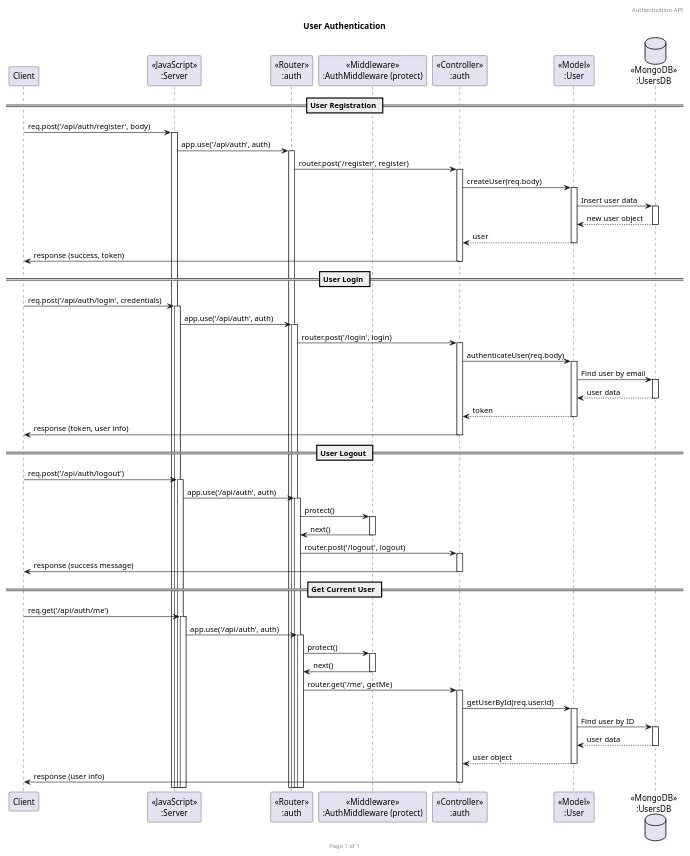
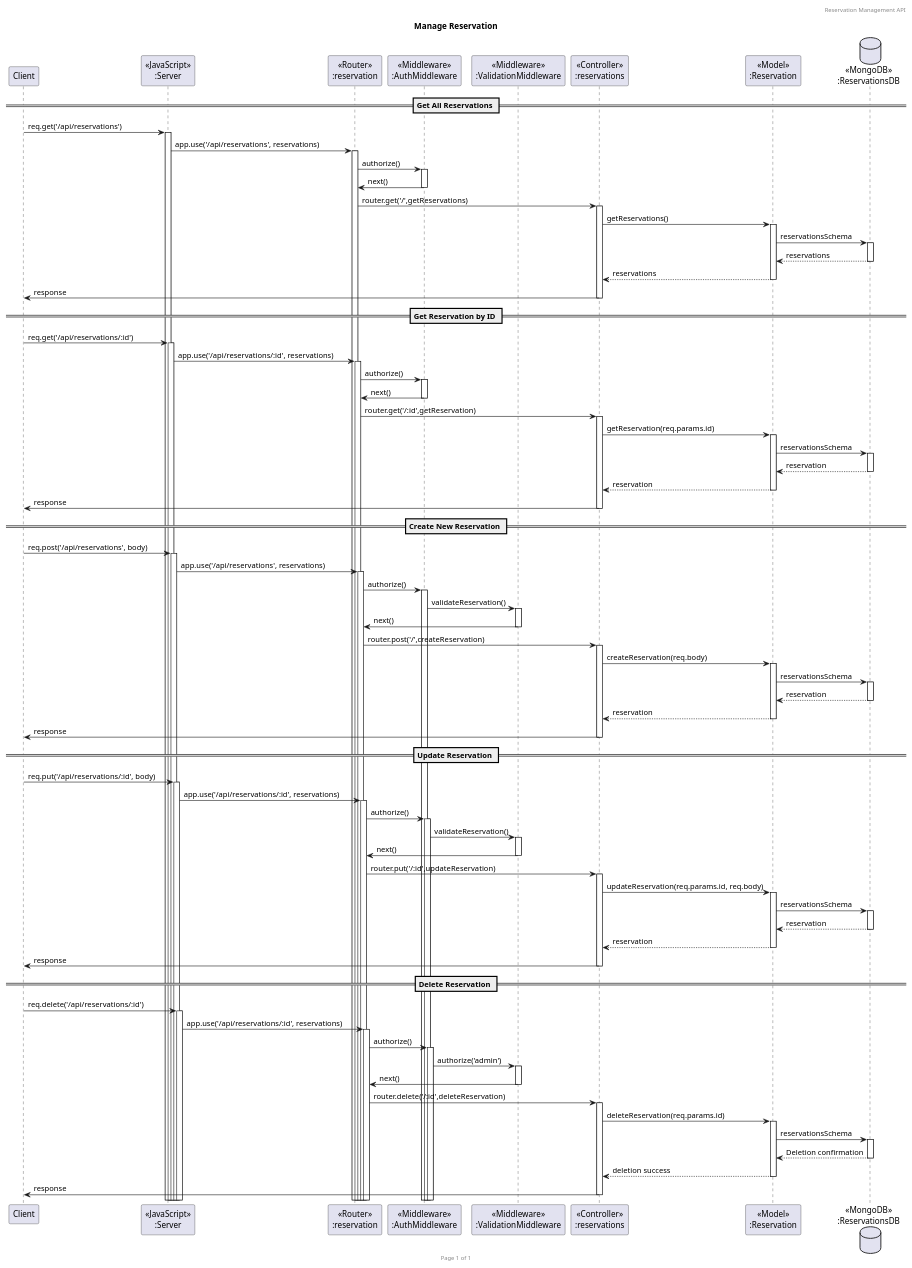
One commit to Sun-sh1nee/Backend-Restaurant changed the diagram in diagram/Sequence_diagram_user.puml. Above: the diagram before and after it, drawn with PlantUML. The commit also changed 1 other file, not shown here.

```diff
--- a/diagram/Sequence_diagram_user.puml
+++ b/diagram/Sequence_diagram_user.puml
@@ -1,55 +1,79 @@
-@startuml Authentication API
+@startuml Manage Reservation
 
-header Authentication API
+header Reservation Management API
 footer Page %page% of %lastpage%
-title "User Authentication"
+title "Manage Reservation"
 
 participant "Client" as client
 participant "<<JavaScript>>\n:Server" as server
-participant "<<Router>>\n:auth" as routerAuth
-participant "<<Middleware>>\n:AuthMiddleware (protect)" as authMiddleware
-participant "<<Controller>>\n:auth" as controllersAuth
-participant "<<Model>>\n:User" as modelUser
-database "<<MongoDB>>\n:UsersDB" as UsersDatabase
+participant "<<Router>>\n:reservation" as routerReservation
+participant "<<Middleware>>\n:AuthMiddleware" as authMiddleware
+participant "<<Middleware>>\n:ValidationMiddleware" as validationMiddleware
+participant "<<Controller>>\n:reservations" as controllersReservation
+participant "<<Model>>\n:Reservation" as modelReservation
+database "<<MongoDB>>\n:ReservationsDB" as ReservationsDatabase
 
-== User Registration ==
-client -> server ++ : req.post('/api/auth/register', body)
-server -> routerAuth ++ : app.use('/api/auth', auth)
-routerAuth -> controllersAuth ++ : router.post('/register', register)
-controllersAuth -> modelUser ++ : createUser(req.body)
-modelUser -> UsersDatabase ++ : Insert user data
-UsersDatabase --> modelUser -- : new user object
-controllersAuth <-- modelUser -- : user
-controllersAuth -> client -- : response (success, token)
+== Get All Reservations ==
+client -> server ++ : req.get('/api/reservations')
+server -> routerReservation ++ : app.use('/api/reservations', reservations)
+routerReservation -> authMiddleware ++ : authorize()
+authMiddleware -> routerReservation -- : next() 
+routerReservation -> controllersReservation ++ : router.get('/',getReservations)
+controllersReservation -> modelReservation ++ : getReservations()
+modelReservation -> ReservationsDatabase ++ : reservationsSchema
+ReservationsDatabase --> modelReservation -- : reservations
+controllersReservation <-- modelReservation -- : reservations
+controllersReservation -> client -- : response 
 
-== User Login ==
-client -> server ++ : req.post('/api/auth/login', credentials)
-server -> routerAuth ++ : app.use('/api/auth', auth)
-routerAuth -> controllersAuth ++ : router.post('/login', login)
-controllersAuth -> modelUser ++ : authenticateUser(req.body)
-modelUser -> UsersDatabase ++ : Find user by email
-UsersDatabase --> modelUser -- : user data
-controllersAuth <-- modelUser -- : token
-controllersAuth -> client -- : response (token, user info)
+== Get Reservation by ID ==
+client -> server ++ : req.get('/api/reservations/:id')
+server -> routerReservation ++ : app.use('/api/reservations/:id', reservations)
+routerReservation -> authMiddleware ++ : authorize()
+authMiddleware -> routerReservation -- : next() 
+routerReservation -> controllersReservation ++ : router.get('/:id',getReservation) 
+controllersReservation -> modelReservation ++ : getReservation(req.params.id)
+modelReservation -> ReservationsDatabase ++ : reservationsSchema
+ReservationsDatabase --> modelReservation -- : reservation
+controllersReservation <-- modelReservation -- : reservation
+controllersReservation -> client -- : response 
 
-== User Logout ==
-client -> server ++ : req.post('/api/auth/logout')
-server -> routerAuth ++ : app.use('/api/auth', auth)
-routerAuth -> authMiddleware ++ : protect()
-authMiddleware -> routerAuth -- : next()
-routerAuth -> controllersAuth ++ : router.post('/logout', logout)
-controllersAuth -> client -- : response (success message)
+== Create New Reservation ==
+client -> server ++ : req.post('/api/reservations', body)
+server -> routerReservation ++ : app.use('/api/reservations', reservations)
+routerReservation -> authMiddleware ++ : authorize()
+authMiddleware -> validationMiddleware ++ : validateReservation()
+validationMiddleware -> routerReservation -- : next() 
+routerReservation -> controllersReservation ++ : router.post('/',createReservation)
+controllersReservation -> modelReservation ++ : createReservation(req.body)
+modelReservation -> ReservationsDatabase ++ : reservationsSchema
+ReservationsDatabase --> modelReservation -- : reservation
+controllersReservation <-- modelReservation -- : reservation
+controllersReservation -> client -- : response 
 
-== Get Current User ==
-client -> server ++ : req.get('/api/auth/me')
-server -> routerAuth ++ : app.use('/api/auth', auth)
-routerAuth -> authMiddleware ++ : protect()
-authMiddleware -> routerAuth -- : next()
-routerAuth -> controllersAuth ++ : router.get('/me', getMe)
-controllersAuth -> modelUser ++ : getUserById(req.user.id)
-modelUser -> UsersDatabase ++ : Find user by ID
-UsersDatabase --> modelUser -- : user data
-controllersAuth <-- modelUser -- : user object
-controllersAuth -> client -- : response (user info)
+== Update Reservation ==
+client -> server ++ : req.put('/api/reservations/:id', body)
+server -> routerReservation ++ : app.use('/api/reservations/:id', reservations)
+routerReservation -> authMiddleware ++ : authorize()
+authMiddleware -> validationMiddleware ++ : validateReservation()
+validationMiddleware -> routerReservation -- : next() 
+routerReservation -> controllersReservation ++ : router.put('/:id',updateReservation)
+controllersReservation -> modelReservation ++ : updateReservation(req.params.id, req.body)
+modelReservation -> ReservationsDatabase ++ : reservationsSchema
+ReservationsDatabase --> modelReservation -- : reservation
+controllersReservation <-- modelReservation -- : reservation
+controllersReservation -> client -- : response 
+
+== Delete Reservation ==
+client -> server ++ : req.delete('/api/reservations/:id')
+server -> routerReservation ++ : app.use('/api/reservations/:id', reservations)
+routerReservation -> authMiddleware ++ : authorize()
+authMiddleware -> validationMiddleware ++ : authorize('admin')
+validationMiddleware -> routerReservation -- : next()
+routerReservation -> controllersReservation ++ : router.delete('/:id',deleteReservation)
+controllersReservation -> modelReservation ++ : deleteReservation(req.params.id)
+modelReservation -> ReservationsDatabase ++ : reservationsSchema
+ReservationsDatabase --> modelReservation -- : Deletion confirmation
+controllersReservation <-- modelReservation -- : deletion success
+controllersReservation -> client -- : response 
 
 @enduml
```
